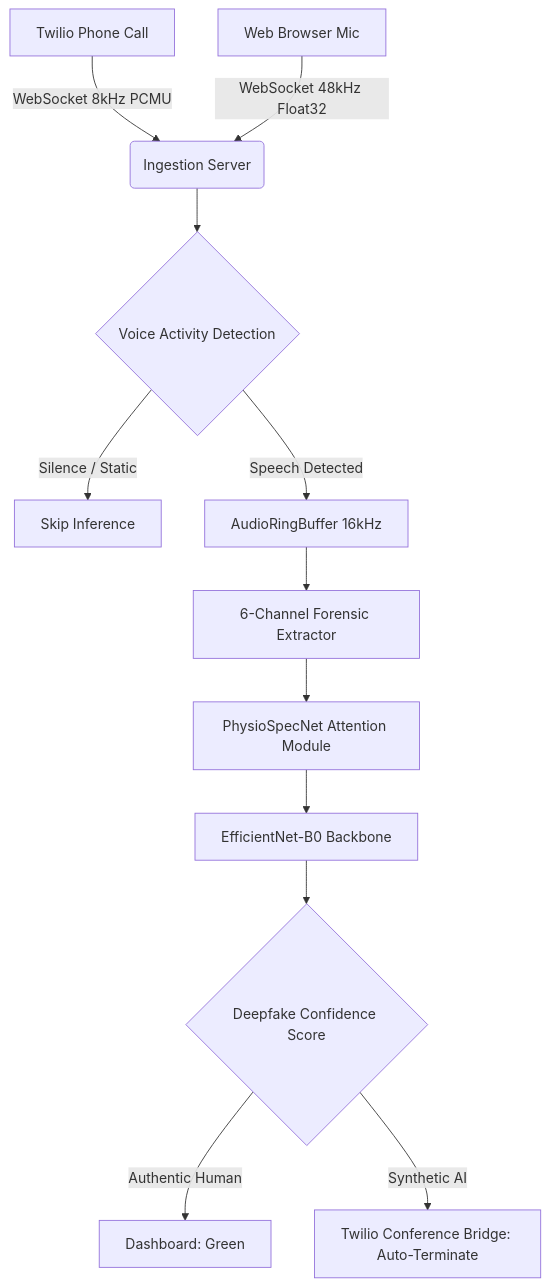
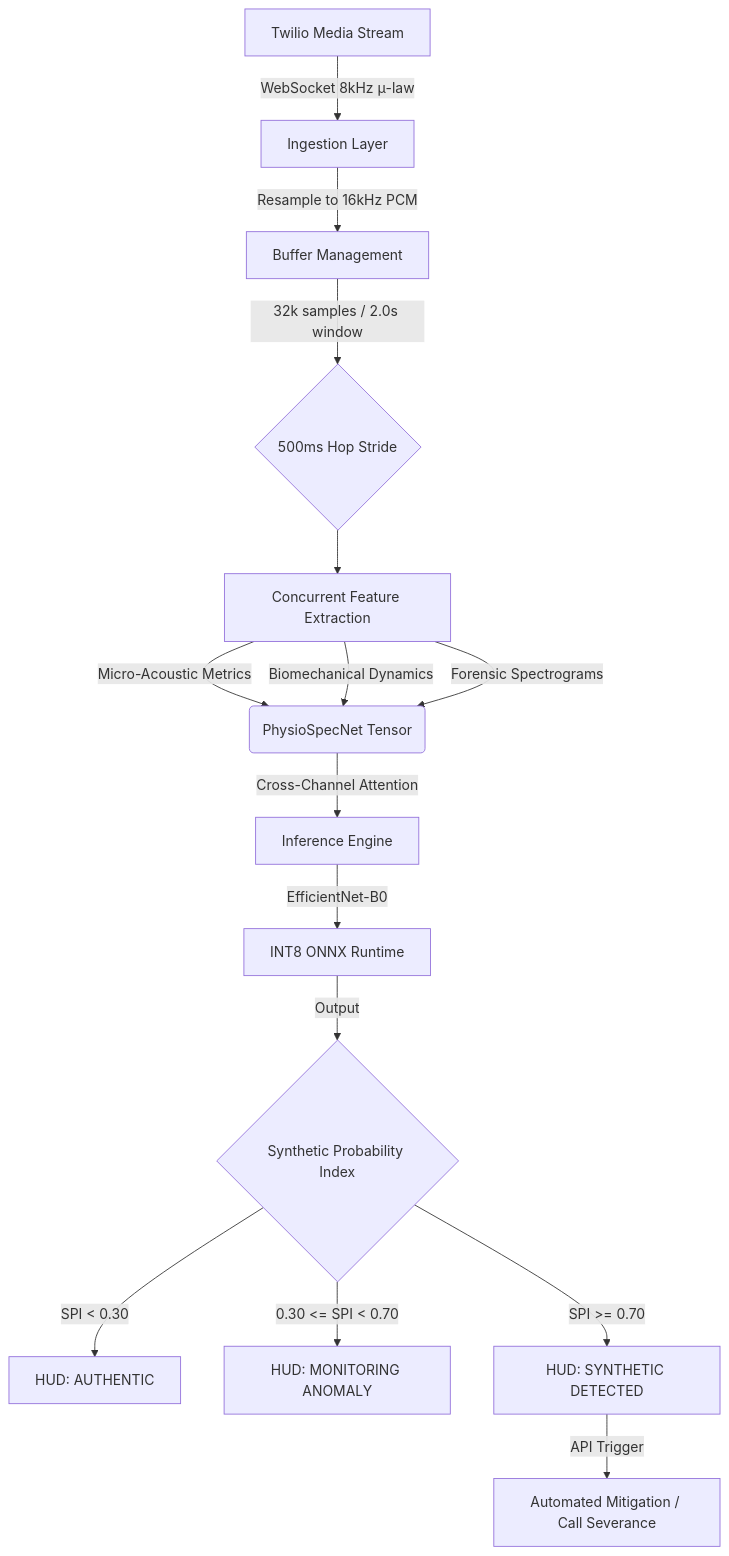
Before and after one commit to codebreaker77/SWIFT: the diagram in README.md, drawn with Mermaid. The commit also changed other lines of this file, not shown here.

Commit message:
Update README with strict real-time telephony workflow and HUD telemetry details

````diff
--- a/README.md
+++ b/README.md
@@ -16,23 +17,26 @@
 ```mermaid
 graph TD
-    %% Ingestion Layer
-    A[Twilio Phone Call] -->|WebSocket 8kHz PCMU| B(Ingestion Server)
-    C[Web Browser Mic] -->|WebSocket 48kHz Float32| B
+    %% 1. Ingestion
+    A[Twilio Media Stream] -->|WebSocket 8kHz μ-law| B[Ingestion Layer]
     
-    %% Preprocessing Layer
-    B --> D{Voice Activity Detection}
-    D -- Silence / Static --> E[Skip Inference]
-    D -- Speech Detected --> F[AudioRingBuffer 16kHz]
+    %% 2. Buffer
+    B -->|Resample to 16kHz PCM| C[Buffer Management]
+    C -->|32k samples / 2.0s window| D{500ms Hop Stride}
     
-    %% Feature Extraction Layer
-    F --> G[6-Channel Forensic Extractor]
+    %% 3. Extraction
+    D --> E[Concurrent Feature Extraction]
+    E -->|Micro-Acoustic Metrics| F(PhysioSpecNet Tensor)
+    E -->|Biomechanical Dynamics| F
+    E -->|Forensic Spectrograms| F
     
-    %% Neural Inference Layer
-    G --> H[PhysioSpecNet Attention Module]
-    H --> I[EfficientNet-B0 Backbone]
-    I --> J{Deepfake Confidence Score}
+    %% 4. Inference
+    F -->|Cross-Channel Attention| G[Inference Engine]
+    G -->|EfficientNet-B0| H[INT8 ONNX Runtime]
+    H -->|Output| I{Synthetic Probability Index}
     
-    %% Action Layer
-    J -- Authentic Human --> K[Dashboard: Green]
-    J -- Synthetic AI --> L[Twilio Conference Bridge: Auto-Terminate]
+    %% 5 & 6. Policy & Telemetry
+    I -->|SPI < 0.30| J[HUD: AUTHENTIC]
+    I -->|0.30 <= SPI < 0.70| K[HUD: MONITORING ANOMALY]
+    I -->|SPI >= 0.70| L[HUD: SYNTHETIC DETECTED]
+    L -->|API Trigger| M[Automated Mitigation / Call Severance]
 ```
````
